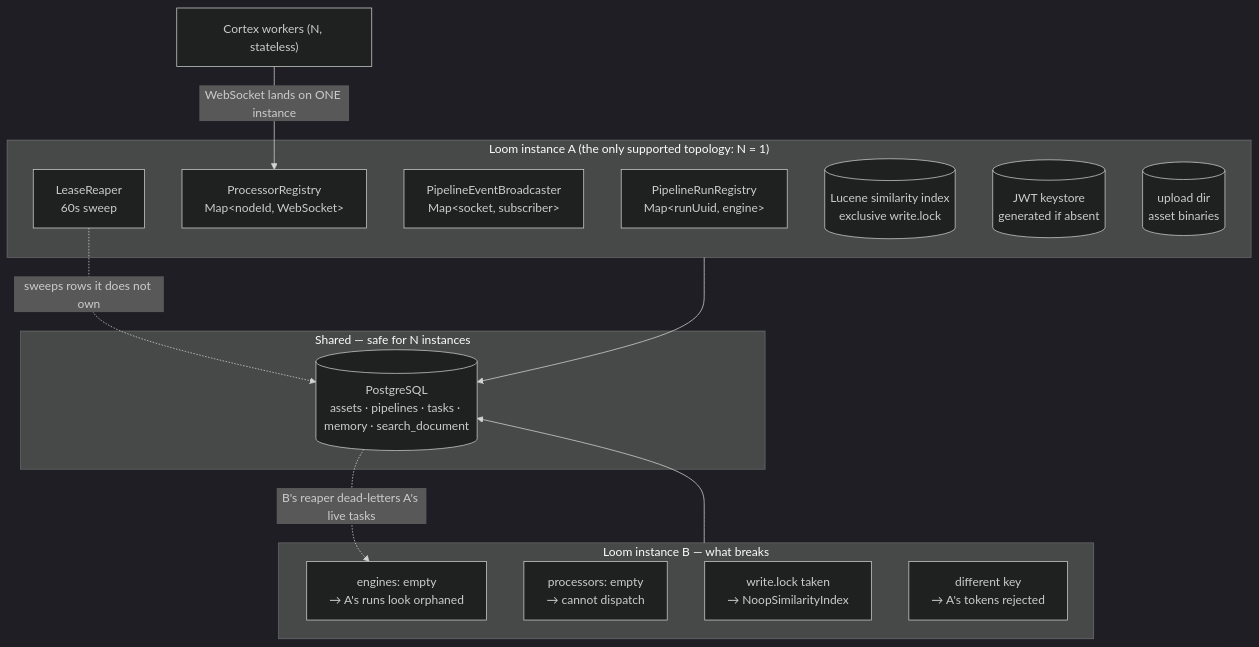
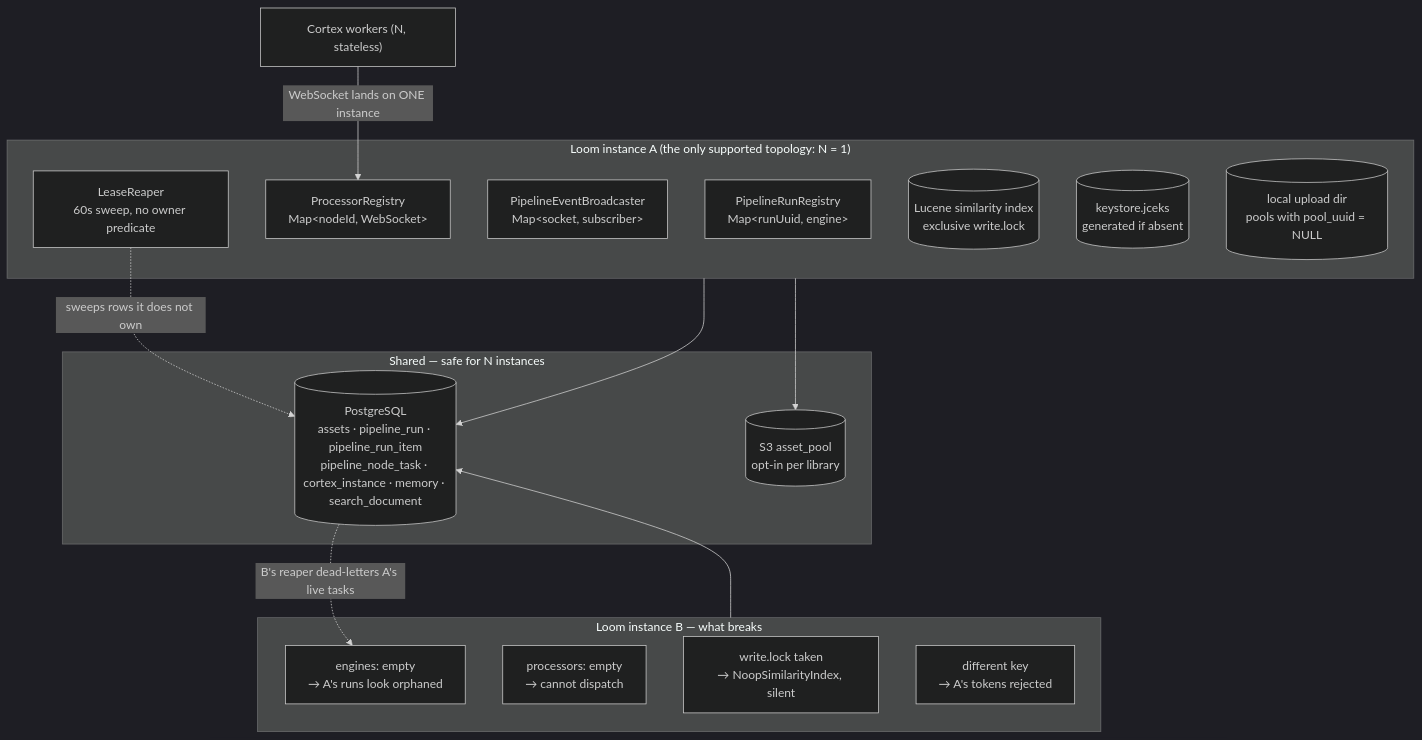
Before and after one commit to metaloom/metaloom: the diagram in spec/CLUSTERING.md, drawn with Mermaid (dark theme). The commit also changed other lines of this file and 45 other files, not shown here.

````diff
--- a/spec/CLUSTERING.md
+++ b/spec/CLUSTERING.md
@@ -40,30 +29,32 @@
 ```mermaid
 graph TB
     subgraph shared["Shared — safe for N instances"]
-        PG[("PostgreSQL<br/>assets · pipelines · tasks · memory · search_document")]
+        PG[("PostgreSQL<br/>assets · pipeline_run · pipeline_run_item<br/>pipeline_node_task · cortex_instance · memory · search_document")]
+        S3[("S3 asset_pool<br/>opt-in per library")]
     end
 
     subgraph loomA["Loom instance A (the only supported topology: N = 1)"]
         REG_A["PipelineRunRegistry<br/>Map&lt;runUuid, engine&gt;"]
         PROC_A["ProcessorRegistry<br/>Map&lt;nodeId, WebSocket&gt;"]
         WS_A["PipelineEventBroadcaster<br/>Map&lt;socket, subscriber&gt;"]
-        REAP_A["LeaseReaper<br/>60s sweep"]
+        REAP_A["LeaseReaper<br/>60s sweep, no owner predicate"]
         IDX_A[("Lucene similarity index<br/>exclusive write.lock")]
-        KS_A[("JWT keystore<br/>generated if absent")]
-        UP_A[("upload dir<br/>asset binaries")]
+        KS_A[("keystore.jceks<br/>generated if absent")]
+        UP_A[("local upload dir<br/>pools with pool_uuid = NULL")]
     end
 
     subgraph loomB["Loom instance B — what breaks"]
         REG_B["engines: empty<br/>→ A's runs look orphaned"]
         PROC_B["processors: empty<br/>→ cannot dispatch"]
-        IDX_B["write.lock taken<br/>→ NoopSimilarityIndex"]
+        IDX_B["write.lock taken<br/>→ NoopSimilarityIndex, silent"]
         KS_B["different key<br/>→ A's tokens rejected"]
     end
 
     loomA --> PG
+    loomA --> S3
     loomB --> PG
     REAP_A -. "sweeps rows it does not own" .-> PG
     PG -. "B's reaper dead-letters A's live tasks" .-> REG_B
 
     CX["Cortex workers (N, stateless)"] -->|"WebSocket lands on ONE instance"| PROC_A
 ```
````
